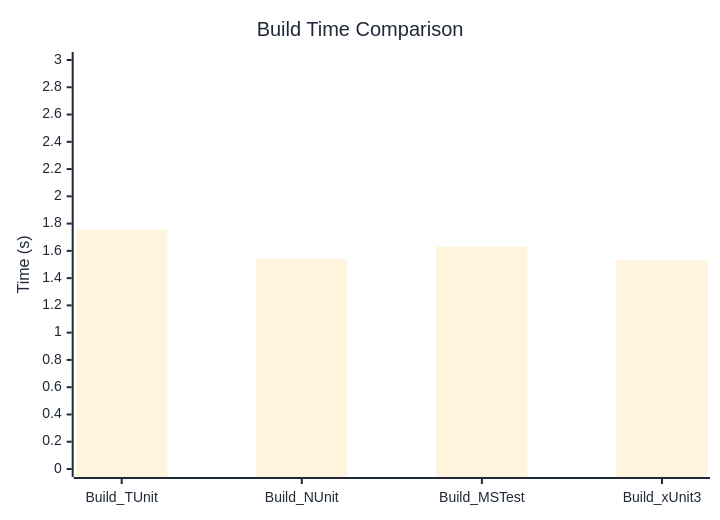
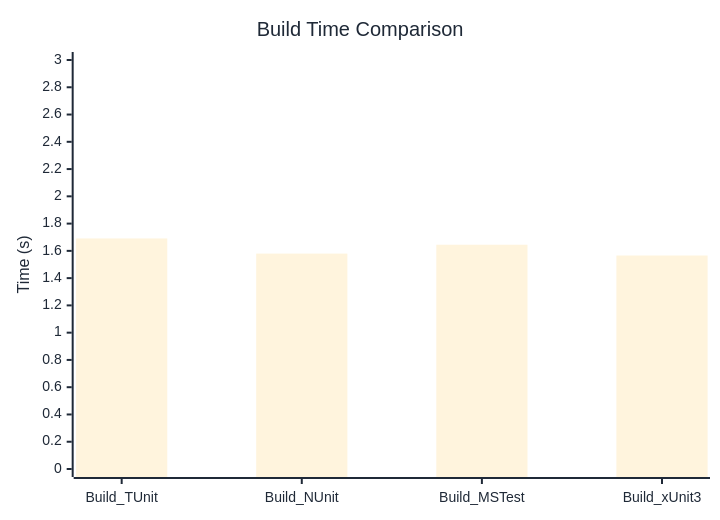
One commit to thomhurst/TUnit changed the diagram in docs/docs/benchmarks/BuildTime.md. Above: the diagram before and after it, drawn with Mermaid. The commit also changed other lines of this file and 17 other files, not shown here.

````diff
--- a/docs/docs/benchmarks/BuildTime.md
+++ b/docs/docs/benchmarks/BuildTime.md
@@ -28,37 +28,37 @@
 ```mermaid
 %%{init: {
   'theme':'base',
   'themeVariables': {
     'primaryColor': '#2563eb',
     'primaryTextColor': '#1f2937',
     'primaryBorderColor': '#1e40af',
     'lineColor': '#6b7280',
     'secondaryColor': '#7c3aed',
     'tertiaryColor': '#dc2626',
     'background': '#ffffff',
     'mainBkg': '#2563eb',
     'secondBkg': '#7c3aed',
     'tertiaryBkg': '#dc2626',
     'clusterBkg': '#f3f4f6',
     'edgeLabelBackground': '#ffffff',
     'tertiaryTextColor': '#1f2937',
     'pie1': '#2563eb',
     'pie2': '#7c3aed',
     'pie3': '#dc2626',
     'pie4': '#f59e0b',
     'pie5': '#10b981',
     'pie6': '#06b6d4',
     'pie7': '#ec4899',
     'pie8': '#6366f1',
     'pie9': '#84cc16',
     'pie10': '#f97316',
     'pie11': '#14b8a6',
     'pie12': '#a855f7'
   }
 }}%%
 xychart-beta
   title "Build Time Comparison"
   x-axis ["Build_TUnit", "Build_NUnit", "Build_MSTest", "Build_xUnit3"]
   y-axis "Time (s)" 0 --> 3
-  bar [1.755, 1.542, 1.632, 1.533]
+  bar [1.691, 1.58, 1.645, 1.566]
 ```
````
